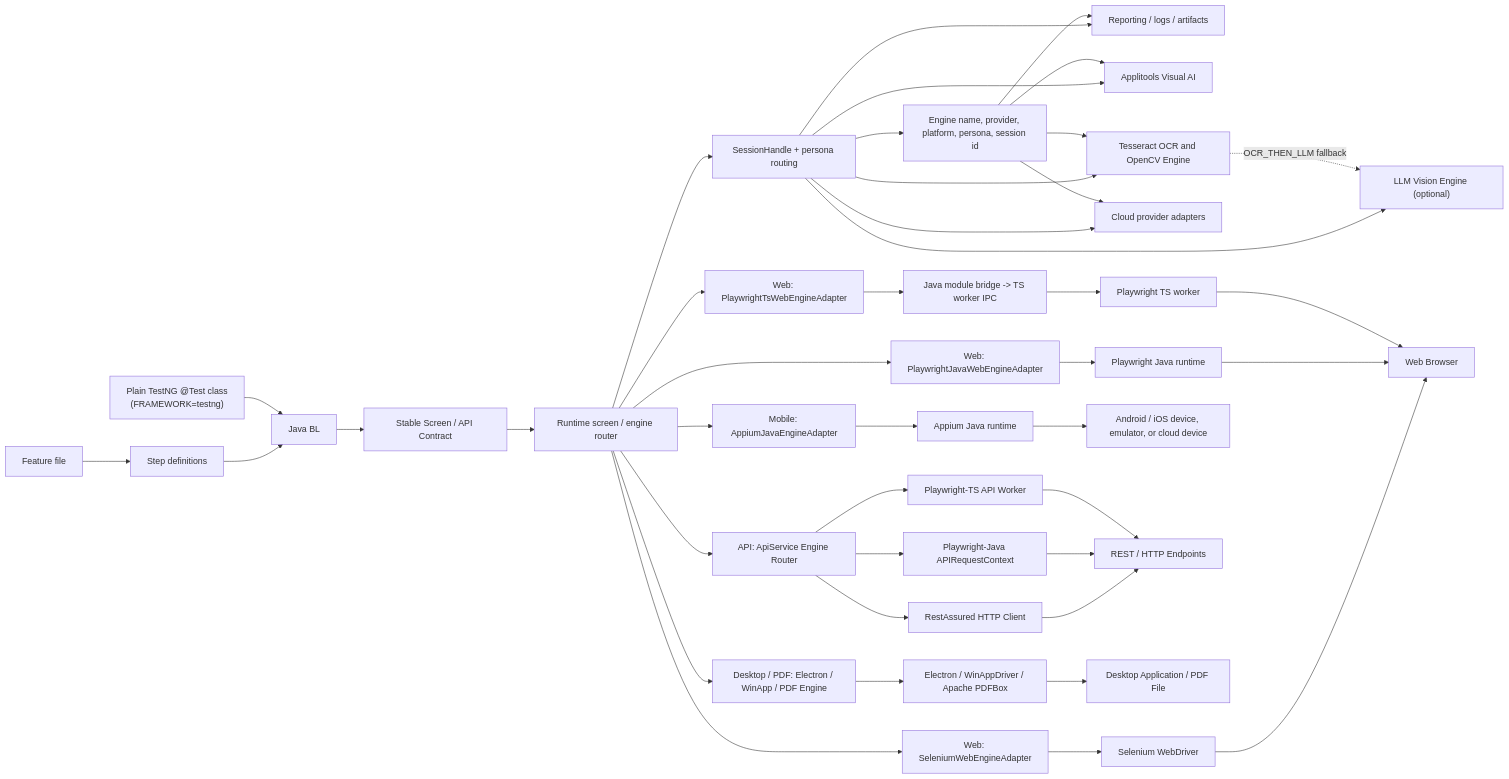
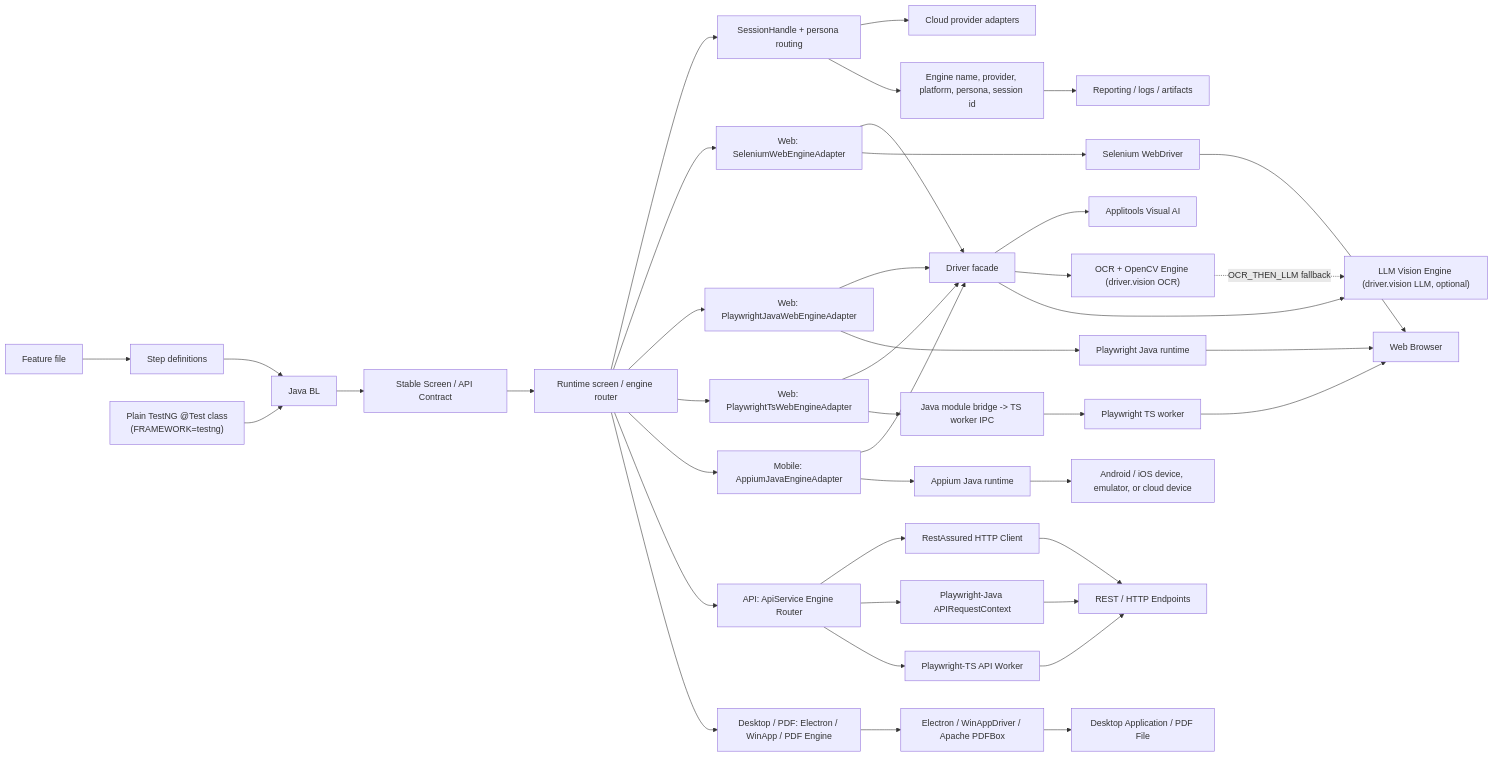
The first of 4 diagrams in docs/architecture-and-internals/architecture-notes.md (anandbagmar/teswiz), drawn with Mermaid before and after one commit.

Commit message:
Fix visual subsystem placement in architecture diagram
- Move Applitools, OCR+OpenCV, and LLM Vision engines out from under
  SessionHandle/persona routing; they are cross-cutting subsystems
  invoked through the active Driver facade, not routed by persona
- Hang the visual subsystems off a Driver facade node backed by the
  web/mobile engine adapters; keep the OCR_THEN_LLM fallback edge
- Make the session metadata record feed reporting only, not the
  visual engines

````diff
--- a/docs/architecture-and-internals/architecture-notes.md
+++ b/docs/architecture-and-internals/architecture-notes.md
@@ -61,48 +61,51 @@
 ```mermaid
 flowchart LR
     F[Feature file] --> S[Step definitions]
     S --> BL[Java BL]
     TNG["Plain TestNG @Test class<br/>(FRAMEWORK=testng)"] --> BL
     BL --> SC[Stable Screen / API Contract]
     SC --> ROUTER[Runtime screen / engine router]
 
     ROUTER --> SH[SessionHandle + persona routing]
-    SH --> REP[Reporting / logs / artifacts]
-    SH --> VIS[Applitools Visual AI]
-    SH --> OCR["Tesseract OCR and OpenCV Engine"]
-    SH --> LLMV["LLM Vision Engine (optional)"]
     SH --> CLOUD["Cloud provider adapters"]
-    OCR -.->|OCR_THEN_LLM fallback| LLMV
 
     ROUTER --> WSEL[Web: SeleniumWebEngineAdapter]
     ROUTER --> WPJ[Web: PlaywrightJavaWebEngineAdapter]
     ROUTER --> WPTS[Web: PlaywrightTsWebEngineAdapter]
     ROUTER --> MAPP[Mobile: AppiumJavaEngineAdapter]
     ROUTER --> APIE[API: ApiService Engine Router]
     ROUTER --> DSK[Desktop / PDF: Electron / WinApp / PDF Engine]
+
+    %% Cross-cutting subsystems are invoked through the active Driver facade
+    %% (which the engine adapters back), not routed by SessionHandle.
+    WSEL --> DRV["Driver facade"]
+    WPJ --> DRV
+    WPTS --> DRV
+    MAPP --> DRV
+    DRV --> VIS["Applitools Visual AI"]
+    DRV --> OCR["OCR + OpenCV Engine (driver.vision OCR)"]
+    DRV --> LLMV["LLM Vision Engine (driver.vision LLM, optional)"]
+    OCR -.->|OCR_THEN_LLM fallback| LLMV
 
     WSEL --> WD[Selenium WebDriver]
     WPJ --> PWJ[Playwright Java runtime]
     WPTS --> IPC[Java module bridge -> TS worker IPC]
     IPC --> PWT[Playwright TS worker]
     MAPP --> APP[Appium Java runtime]
     APIE --> RA[RestAssured HTTP Client]
     APIE --> PWJ_A[Playwright-Java APIRequestContext]
     APIE --> PWTS_A[Playwright-TS API Worker]
     DSK --> ELE[Electron / WinAppDriver / Apache PDFBox]
 
     WD --> B[Web Browser]
     PWJ --> B
     PWT --> B
     APP --> D[Android / iOS device, emulator, or cloud device]
     RA --> API_END[REST / HTTP Endpoints]
     PWJ_A --> API_END
     PWTS_A --> API_END
     ELE --> APP_DESK[Desktop Application / PDF File]
 
     SH --> META[Engine name, provider, platform, persona, session id]
-    META --> REP
-    META --> VIS
-    META --> OCR
-    META --> CLOUD
+    META --> REP["Reporting / logs / artifacts"]
 ```
````
